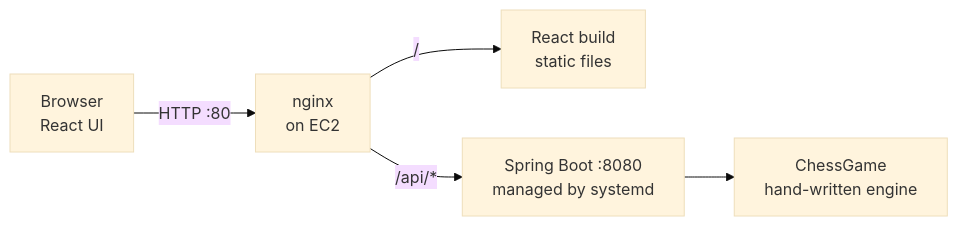
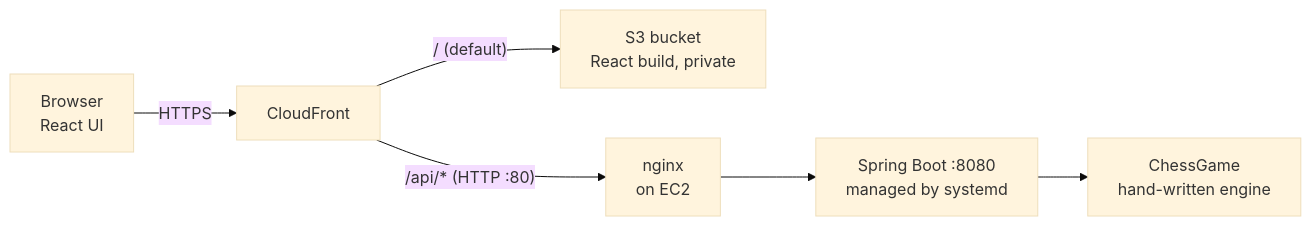
Before and after one commit to iJapmanSingh/Chess-Engine: the diagram in README.md, drawn with Mermaid (base theme). The commit also changed other lines of this file, not shown here.

````diff
--- a/README.md
+++ b/README.md
@@ -25,7 +25,8 @@
 ```mermaid
 flowchart LR
-    B[Browser<br/>React UI] -->|HTTP :80| N[nginx<br/>on EC2]
-    N -->|"/"| F[React build<br/>static files]
-    N -->|"/api/*"| S[Spring Boot :8080<br/>managed by systemd]
-    S --> E[ChessGame<br/>hand-written engine]
+    B["Browser<br/>React UI"] -->|HTTPS| C["CloudFront"]
+    C -->|"/ (default)"| S3["S3 bucket<br/>React build, private"]
+    C -->|"/api/* (HTTP :80)"| N["nginx<br/>on EC2"]
+    N --> S["Spring Boot :8080<br/>managed by systemd"]
+    S --> E["ChessGame<br/>hand-written engine"]
 ```
````
